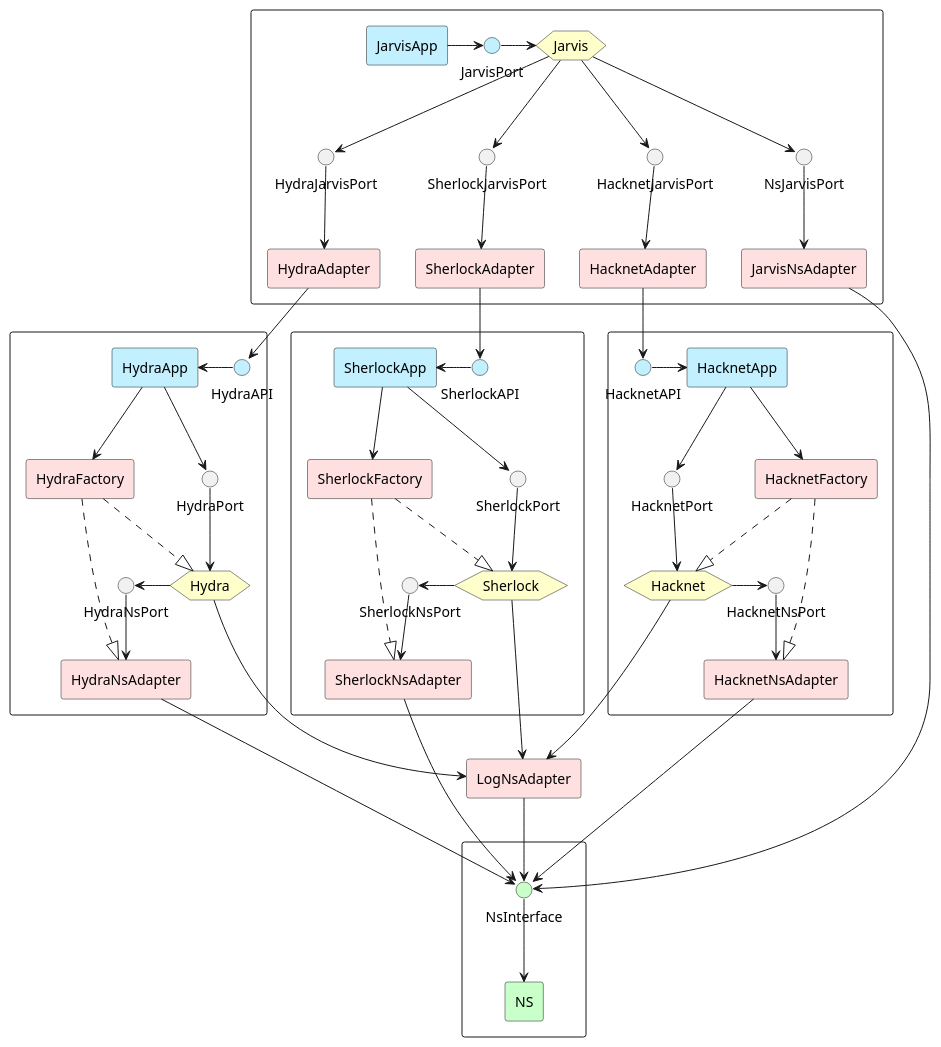
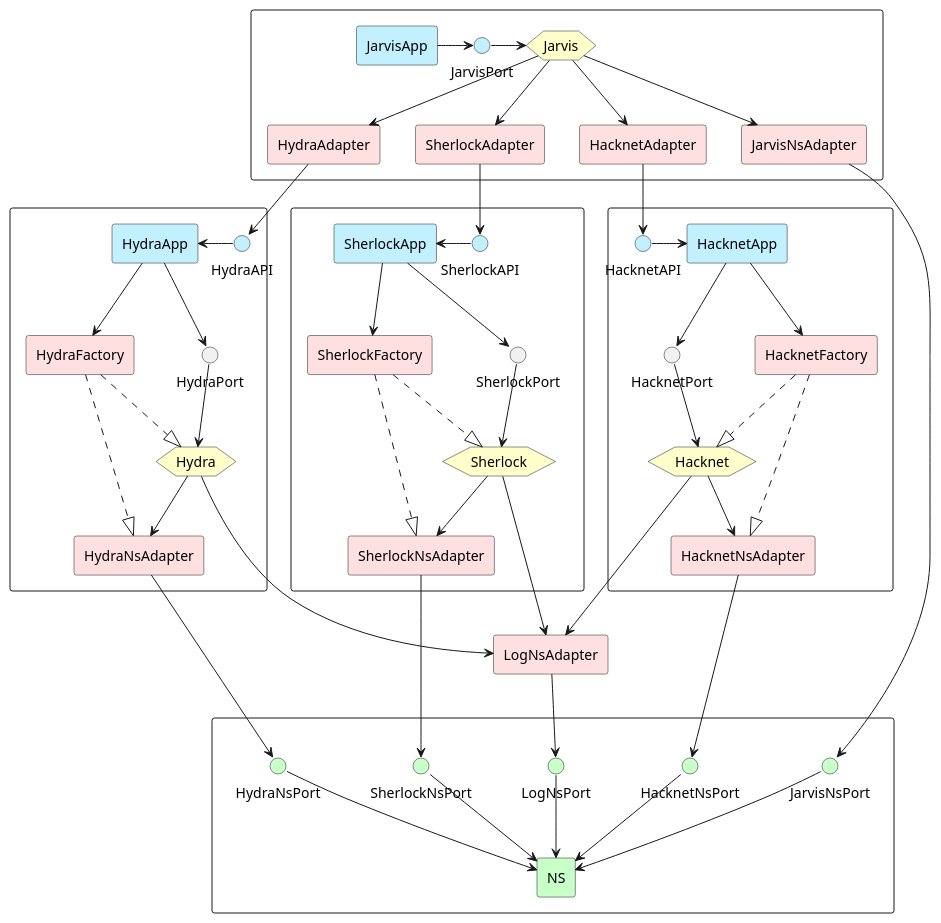
The diagram in doc/architecture.puml (Desvart/bitburner), drawn with PlantUML before and after one commit. The commit also changed 16 other files, not shown here.

Commit message:
* continue migration from js to ts of hacknet module. * Update class diagrams documentation accordingly

```diff
--- a/doc/architecture.puml
+++ b/doc/architecture.puml
@@ -1,133 +1,125 @@
 @startuml
 skinparam componentStyle rectangle
 
 rectangle {
     hexagon Jarvis #Business
 
     component JarvisApp #Application
     interface JarvisPort #Application
 
-    interface HydraJarvisPort
     component HydraAdapter #Implementation
-
-    interface SherlockJarvisPort
     component SherlockAdapter #Implementation
-
-    interface HacknetJarvisPort
     component HacknetAdapter #Implementation
-
-    interface NsJarvisPort
     component JarvisNsAdapter #Implementation
 }
 
 rectangle {
     component HydraApp #Application
     interface HydraAPI #Application
 
     hexagon Hydra #Business
     interface HydraPort
 
-    interface HydraNsPort
     component HydraNsAdapter #Implementation
 
     component HydraFactory #Implementation
 }
 
 rectangle {
     component SherlockApp #Application
     interface SherlockAPI #Application
 
     hexagon Sherlock #Business
     interface SherlockPort
 
-    interface SherlockNsPort
     component SherlockNsAdapter #Implementation
 
     component SherlockFactory #Implementation
 }
 
 rectangle {
     component HacknetApp #Application
     interface HacknetAPI #Application
 
     hexagon Hacknet #Business
     interface HacknetPort
 
-    interface HacknetNsPort
     component HacknetNsAdapter #Implementation
 
     component HacknetFactory #Implementation
 }
 
 component LogNsAdapter #Implementation
 
 rectangle {
-    interface NsInterface #Technology
+    interface JarvisNsPort #Technology
+    interface HacknetNsPort #Technology
+    interface SherlockNsPort #Technology
+    interface HydraNsPort #Technology
+    interface LogNsPort #Technology
+
     component NS #Technology
 }
 
 'Jarvis
     ' Application
     JarvisApp -r-> JarvisPort
 
     'Adapters
     JarvisPort -r-> Jarvis
-    Jarvis --> HydraJarvisPort
-    HydraJarvisPort --> HydraAdapter
-    Jarvis --> HacknetJarvisPort
-    HacknetJarvisPort --> HacknetAdapter
-    Jarvis --> SherlockJarvisPort
-    SherlockJarvisPort --> SherlockAdapter
-    Jarvis --> NsJarvisPort
-    NsJarvisPort --> JarvisNsAdapter
+    Jarvis --> HydraAdapter
+    Jarvis --> HacknetAdapter
+    Jarvis --> SherlockAdapter
+    Jarvis --> JarvisNsAdapter
 
 ' Hydra
     HydraAPI -l-> HydraApp
     HydraApp --> HydraFactory
     HydraApp --> HydraPort
     HydraPort --> Hydra
-    Hydra -r-> HydraNsPort
-    HydraNsPort --> HydraNsAdapter
+    Hydra --> HydraNsAdapter
     Hydra ---> LogNsAdapter
     HydraFactory ..|> HydraNsAdapter
     HydraFactory ..|> Hydra
 
 ' Sherlock
     SherlockAPI -l-> SherlockApp
     SherlockApp --> SherlockFactory
     SherlockApp --> SherlockPort
     SherlockPort --> Sherlock
-    Sherlock -r-> SherlockNsPort
-    SherlockNsPort --> SherlockNsAdapter
+    Sherlock --> SherlockNsAdapter
     Sherlock ---> LogNsAdapter
     SherlockFactory ..|> SherlockNsAdapter
     SherlockFactory ..|> Sherlock
 
 ' Hacknet
     HacknetAPI -r-> HacknetApp
     HacknetApp --> HacknetFactory
     HacknetApp --> HacknetPort
     HacknetPort --> Hacknet
-    Hacknet -r-> HacknetNsPort
-    HacknetNsPort --> HacknetNsAdapter
+    Hacknet --> HacknetNsAdapter
     Hacknet ---> LogNsAdapter
     HacknetFactory ..|> HacknetNsAdapter
     HacknetFactory ..|> Hacknet
 
 ' NS
-    LogNsAdapter --> NsInterface
-    NsInterface --> NS
+    LogNsAdapter --> LogNsPort
+    JarvisNsPort --> NS
+    SherlockNsPort --> NS
+    HacknetNsPort --> NS
+    HydraNsPort --> NS
+    LogNsPort --> NS
 
 ' Integration
     ' Jarvis to modules
     HacknetAdapter --> HacknetAPI
     SherlockAdapter --> SherlockAPI
     HydraAdapter --> HydraAPI
 
     ' Modules to NS
-    SherlockNsAdapter --> NsInterface
-    HydraNsAdapter --> NsInterface
-    HacknetNsAdapter --> NsInterface
-    JarvisNsAdapter --> NsInterface
+    SherlockNsAdapter --> SherlockNsPort
+    HydraNsAdapter --> HydraNsPort
+    HacknetNsAdapter --> HacknetNsPort
+    JarvisNsAdapter --> JarvisNsPort
 
 @enduml
```
